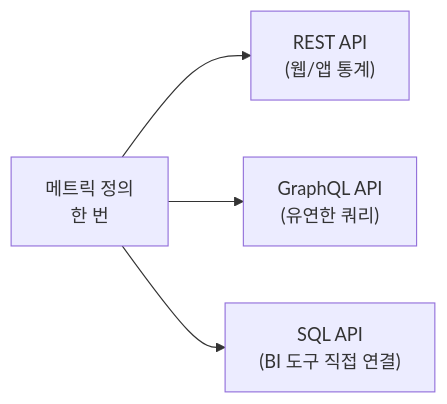
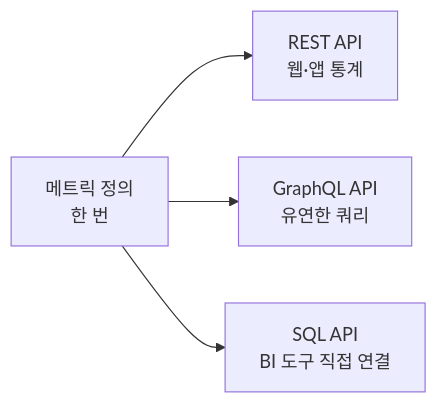
One commit to izzyLim/BIP-Pipeline changed the eighth of 18 diagrams in docs/seminar_semantic_layer.md. Above: the diagram before and after it, drawn with Mermaid. The commit also changed 1 other file, not shown here.

Commit message:
fix(세미나): §3-2 Cube API 3가지 다이어그램 syntax 에러
원인: <br/> 뒤 (웹/앱 통계) — 따옴표 안이지만 mermaid 11이 br + ( + /
조합에서 가끔 파싱 실패.

수정: 괄호 제거 + 슬래시를 가운뎃점(·)으로 변경
  '(웹/앱 통계)' → '웹·앱 통계'
  '(유연한 쿼리)' → '유연한 쿼리'
  '(BI 도구 직접 연결)' → 'BI 도구 직접 연결'

````diff
--- a/docs/seminar_semantic_layer.md
+++ b/docs/seminar_semantic_layer.md
@@ -655,7 +655,7 @@
 ```mermaid
 flowchart LR
     M["메트릭 정의<br/>한 번"]
-    M --> R["REST API<br/>(웹/앱 통계)"]
-    M --> G["GraphQL API<br/>(유연한 쿼리)"]
-    M --> S["SQL API<br/>(BI 도구 직접 연결)"]
+    M --> R["REST API<br/>웹·앱 통계"]
+    M --> G["GraphQL API<br/>유연한 쿼리"]
+    M --> S["SQL API<br/>BI 도구 직접 연결"]
 ```
````
